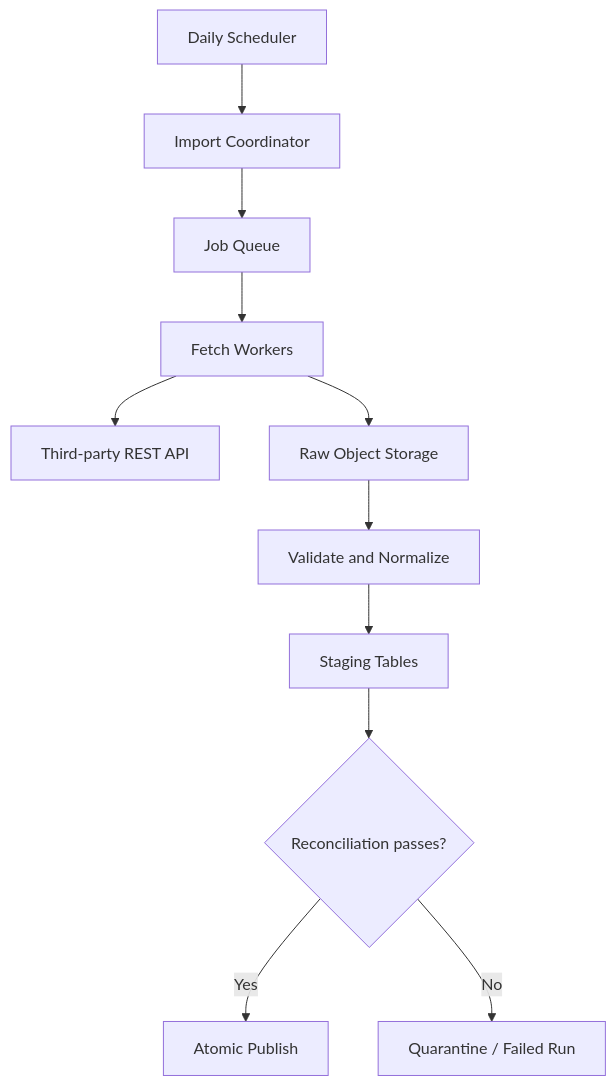
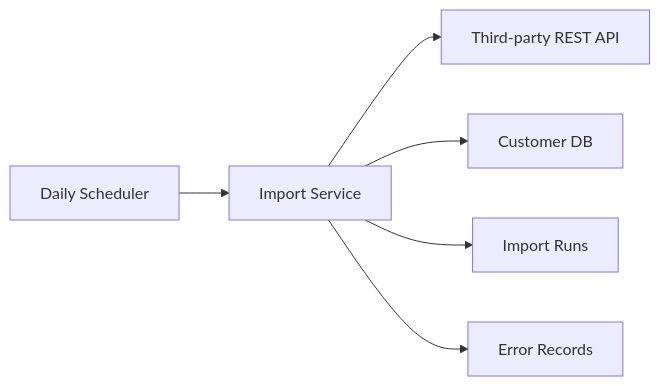
One commit to jiwoongk/Take-Home-Engineering-Challenge changed the diagram in customer list retrieval.md. Above: the diagram before and after it, drawn with Mermaid.

Commit message:
Update customer list retrieval.md

````diff
--- a/customer list retrieval.md
+++ b/customer list retrieval.md
@@ -1,13 +1,8 @@
 ```mermaid
-flowchart TD
-    S["Daily Scheduler"] --> O["Import Coordinator"]
-    O --> Q["Job Queue"]
-    Q --> W["Fetch Workers"]
-    W --> A["Third-party REST API"]
-    W --> R["Raw Object Storage"]
-    R --> V["Validate and Normalize"]
-    V --> D["Staging Tables"]
-    D --> C{"Reconciliation passes?"}
-    C -->|Yes| P["Atomic Publish"]
-    C -->|No| F["Quarantine / Failed Run"]
+flowchart LR
+    S["Daily Scheduler"] --> I["Import Service"]
+    I --> A["Third-party REST API"]
+    I --> DB["Customer DB"]
+    I --> R["Import Runs"]
+    I --> DLQ["Error Records"]
 ```
````
